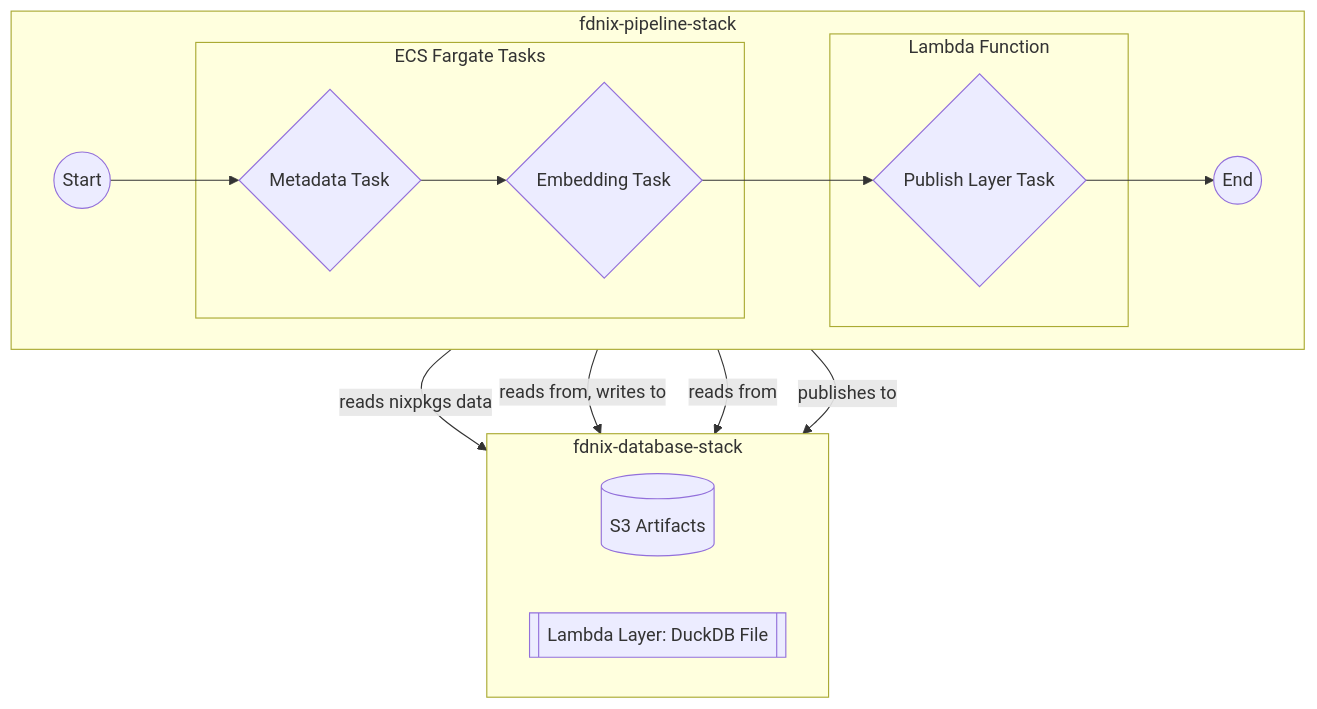
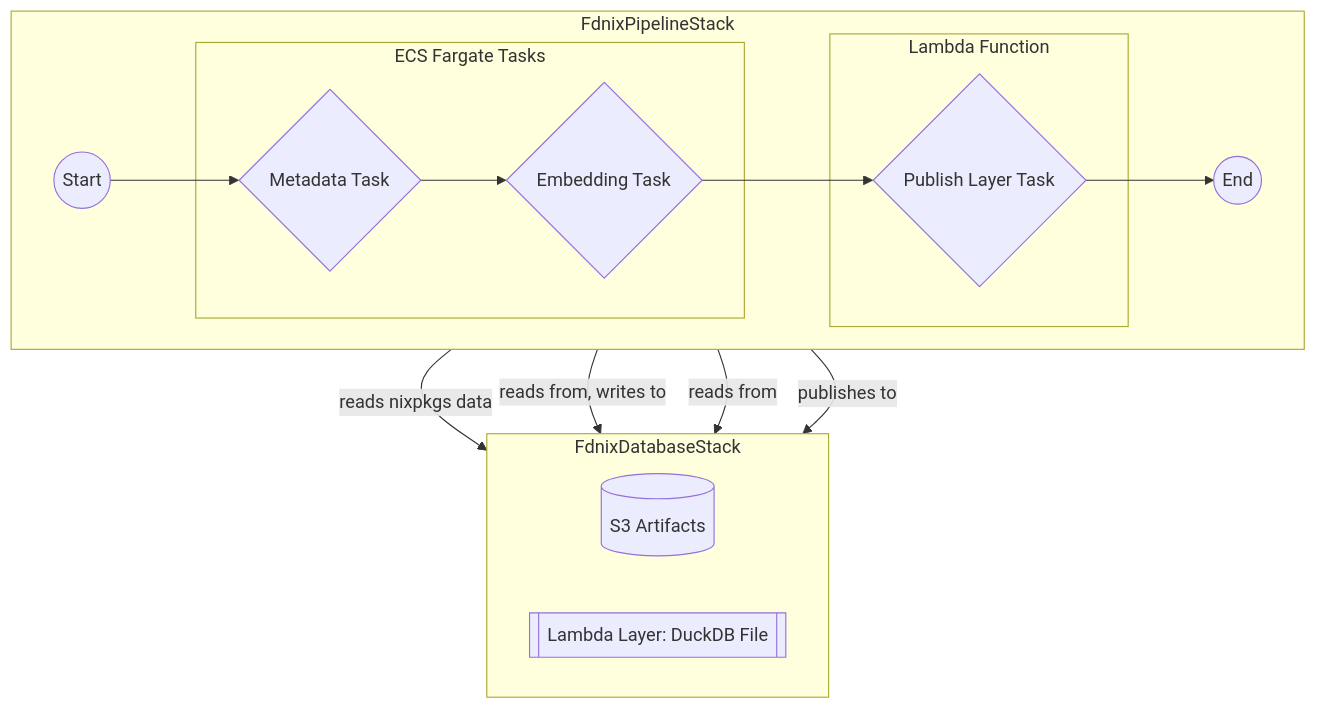
The second of 4 diagrams in packages/cdk/README.md (james-ralph8555/fdnix), drawn with Mermaid before and after one commit. The commit also changed other lines of this file and 2 other files, not shown here.

````diff
--- a/packages/cdk/README.md
+++ b/packages/cdk/README.md
@@ -65,30 +65,30 @@
 ```mermaid
 graph TD
-    subgraph "fdnix-pipeline-stack"
+    subgraph "FdnixPipelineStack"
         direction LR
         start((Start)) --> metadata_task{Metadata Task}
         metadata_task --> embedding_task{Embedding Task}
         embedding_task --> publish_task{Publish Layer Task}
         publish_task --> done((End))
 
         subgraph "ECS Fargate Tasks"
             metadata_task
             embedding_task
         end
 
         subgraph "Lambda Function"
             publish_task
         end
     end
 
-    subgraph "fdnix-database-stack"
+    subgraph "FdnixDatabaseStack"
         direction LR
         s3_artifacts[(S3 Artifacts)]
         db_layer[[Lambda Layer: DuckDB File]]
     end
 
     metadata_task -- reads nixpkgs data --> s3_artifacts
     embedding_task -- reads from, writes to --> s3_artifacts
     publish_task -- reads from --> s3_artifacts
     publish_task -- publishes to --> db_layer
 ```
````
